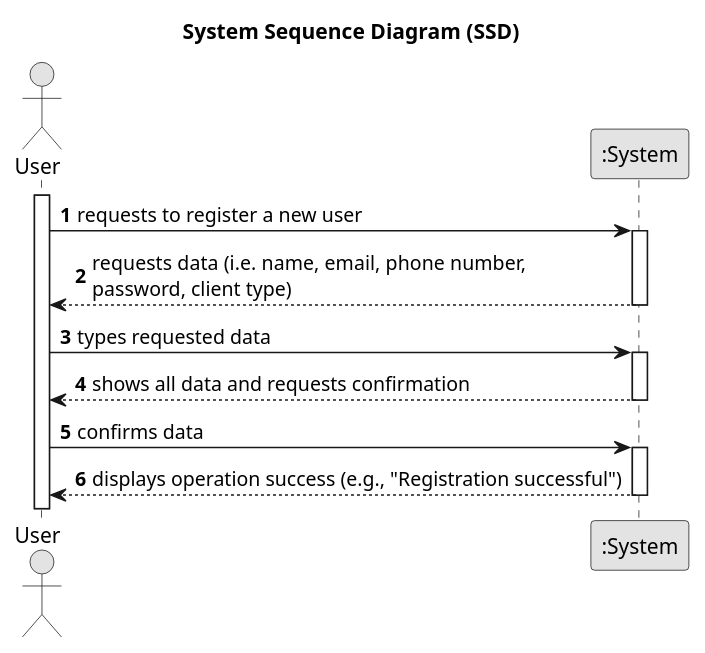
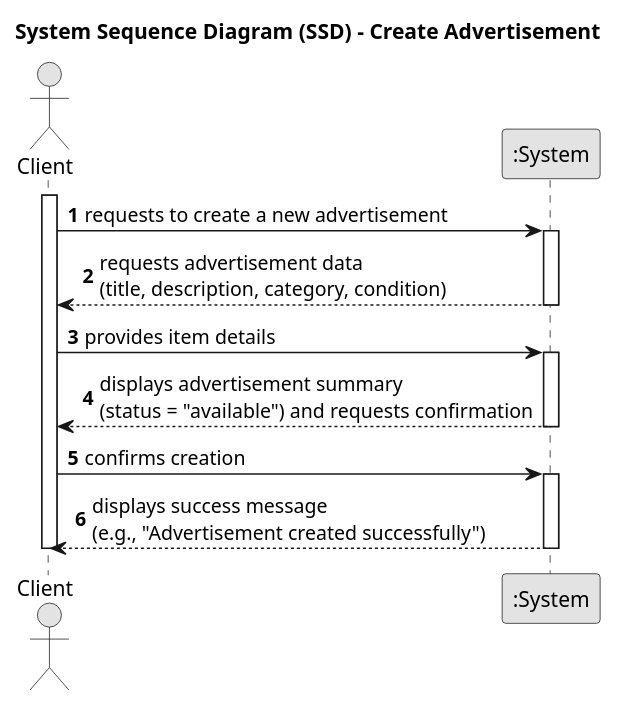
Before and after one commit to vivianeaalmeida/ComeAndGet: the diagram in Docs/US03/01-requirements-engineering/US03-SSD.puml, drawn with PlantUML. The commit also changed 4 other files, not shown here.

```diff
--- a/Docs/US03/01-requirements-engineering/US03-SSD.puml
+++ b/Docs/US03/01-requirements-engineering/US03-SSD.puml
@@ -1,32 +1,34 @@
 @startuml
 skinparam monochrome true
 skinparam packageStyle rectangle
 skinparam shadowing false
 
-title System Sequence Diagram (SSD)
+title System Sequence Diagram (SSD) - Create Advertisement
 
 autonumber
 
-actor "User" as User
+actor "Client" as Client
 participant ":System" as System
 
-activate User
+activate Client
 
-    User -> System : requests to register a new user
+    Client -> System : requests to create a new advertisement
     activate System
 
-        System --> User : requests data (i.e. name, email, phone number, \npassword, client type)
+        System --> Client : requests advertisement data \n(title, description, category, condition)
     deactivate System
 
-    User -> System : types requested data
+    Client -> System : provides item details
     activate System
 
-        System --> User : shows all data and requests confirmation
+        System --> Client : displays advertisement summary \n(status = "available") and requests confirmation
     deactivate System
 
-    User -> System : confirms data
+    Client -> System : confirms creation
     activate System
 
-        System --> User : displays operation success (e.g., "Registration successful")
+        System --> Client : displays success message \n(e.g., "Advertisement created successfully")
     deactivate System
+
+deactivate Client
 @enduml
```
